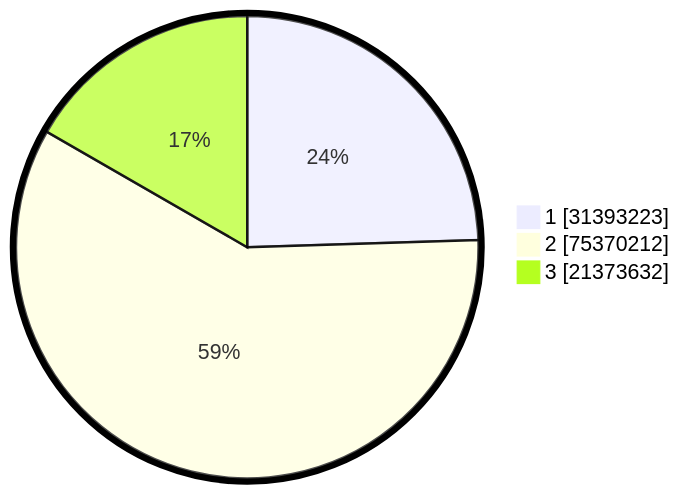
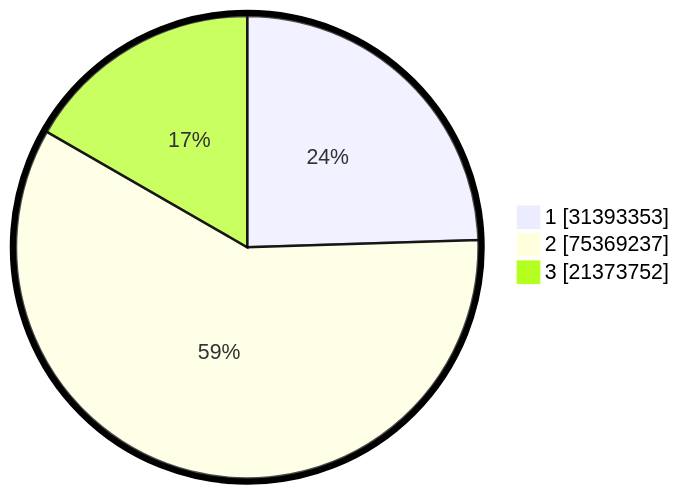
The second of 2 diagrams in pilpres/hitung-suara/README.md (gigit-pemilu/pemilu-2024), drawn with Mermaid before and after one commit. The commit also changed other lines of this file and 12 other files, not shown here.

````diff
--- a/pilpres/hitung-suara/README.md
+++ b/pilpres/hitung-suara/README.md
@@ -93,7 +93,7 @@
 ```mermaid
 %%{init: {"pie": {"textPosition": 0.5}, "themeVariables": {"pieOuterStrokeWidth": "5px"}} }%%
 pie showData
-    "1" : 31393223
-    "2" : 75370212
-    "3" : 21373632
+    "1" : 31393353
+    "2" : 75369237
+    "3" : 21373752
 ```
````
